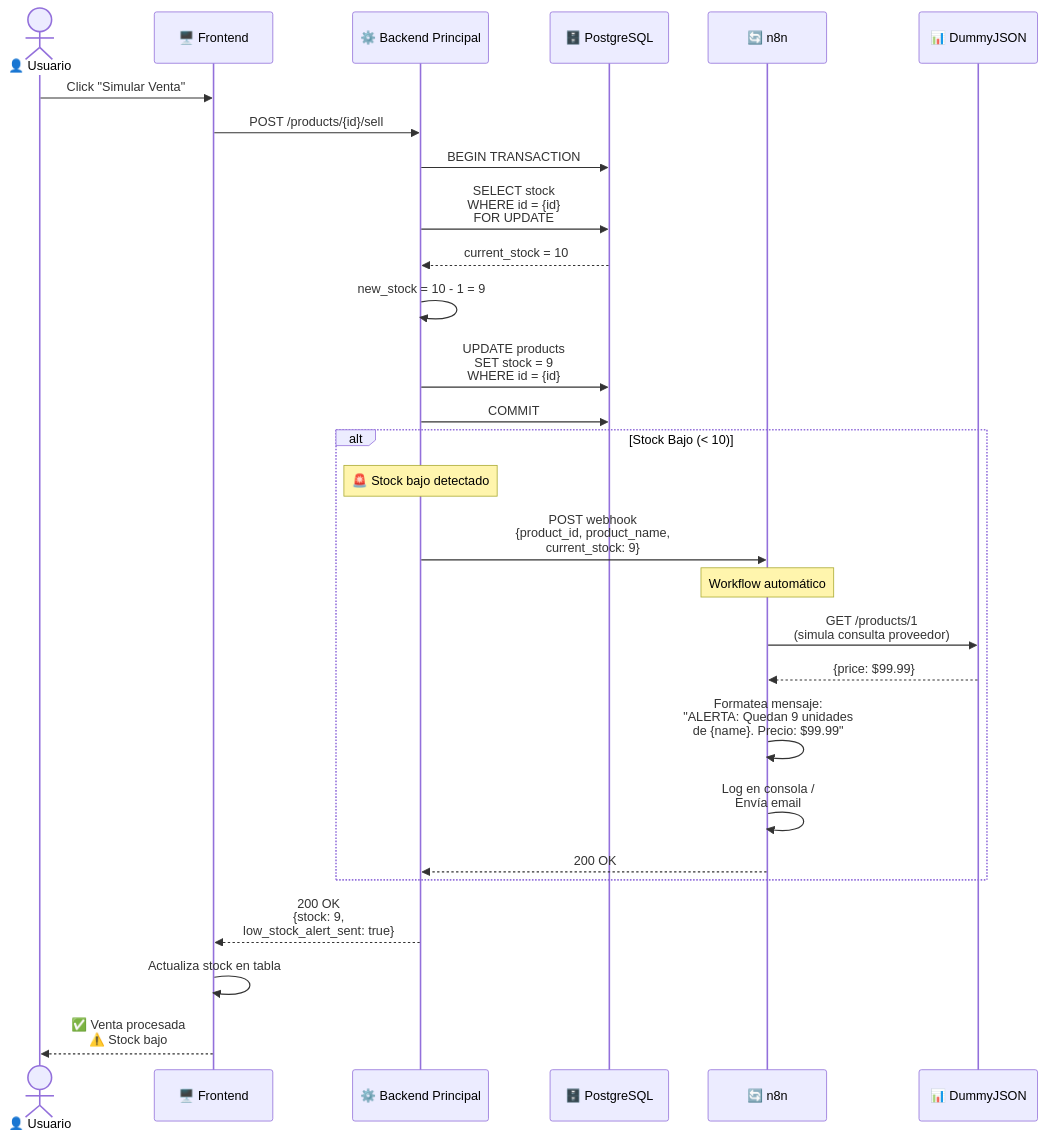
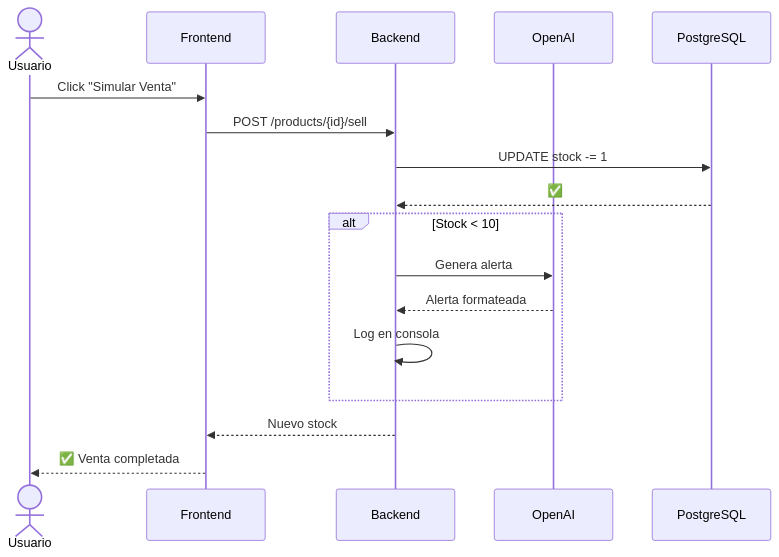
The third of 3 diagrams in DIAGRAMS.md (Revolutionnnn/gestor-ia), drawn with Mermaid before and after one commit. The commit also changed other lines of this file and 1 other file, not shown here.

Commit message:
Refactor architecture diagrams: simplify structure and update flow representations

````diff
--- a/DIAGRAMS.md
+++ b/DIAGRAMS.md
@@ -87,42 +46,22 @@
 ```mermaid
 sequenceDiagram
-    actor User as 👤 Usuario
-    participant UI as 🖥️ Frontend
-    participant BFF as ⚙️ Backend Principal
-    participant DB as 🗄️ PostgreSQL
-    participant N8N as 🔄 n8n
-    participant Mock as 📊 DummyJSON
+    actor U as Usuario
+    participant UI as Frontend
+    participant API as Backend
+    participant LLM as OpenAI
+    participant DB as PostgreSQL
 
-    User->>UI: Click "Simular Venta"
-    UI->>BFF: POST /products/{id}/sell
+    U->>UI: Click "Simular Venta"
+    UI->>API: POST /products/{id}/sell
+    API->>DB: UPDATE stock -= 1
+    DB-->>API: ✅
     
-    BFF->>DB: BEGIN TRANSACTION
-    BFF->>DB: SELECT stock<br/>WHERE id = {id}<br/>FOR UPDATE
-    DB-->>BFF: current_stock = 10
-    
-    BFF->>BFF: new_stock = 10 - 1 = 9
-    
-    BFF->>DB: UPDATE products<br/>SET stock = 9<br/>WHERE id = {id}
-    BFF->>DB: COMMIT
-    
-    alt Stock Bajo (< 10)
-        Note over BFF: 🚨 Stock bajo detectado
-        
-        BFF->>N8N: POST webhook<br/>{product_id, product_name,<br/>current_stock: 9}
-        
-        Note over N8N: Workflow automático
-        
-        N8N->>Mock: GET /products/1<br/>(simula consulta proveedor)
-        Mock-->>N8N: {price: $99.99}
-        
-        N8N->>N8N: Formatea mensaje:<br/>"ALERTA: Quedan 9 unidades<br/>de {name}. Precio: $99.99"
-        
-        N8N->>N8N: Log en consola /<br/>Envía email
-        
-        N8N-->>BFF: 200 OK
+    alt Stock < 10
+        API->>LLM: Genera alerta
+        LLM-->>API: Alerta formateada
+        API->>API: Log en consola
     end
     
-    BFF-->>UI: 200 OK<br/>{stock: 9,<br/>low_stock_alert_sent: true}
-    UI->>UI: Actualiza stock en tabla
-    UI-->>User: ✅ Venta procesada<br/>⚠️ Stock bajo
+    API-->>UI: Nuevo stock
+    UI-->>U: ✅ Venta completada
 ```
````
